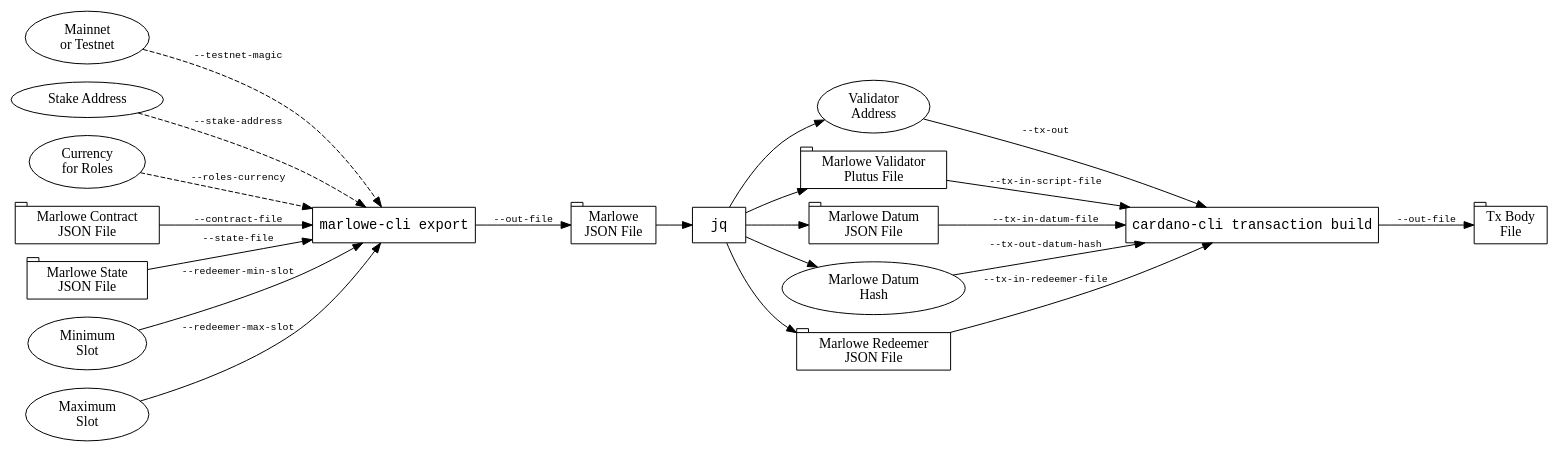
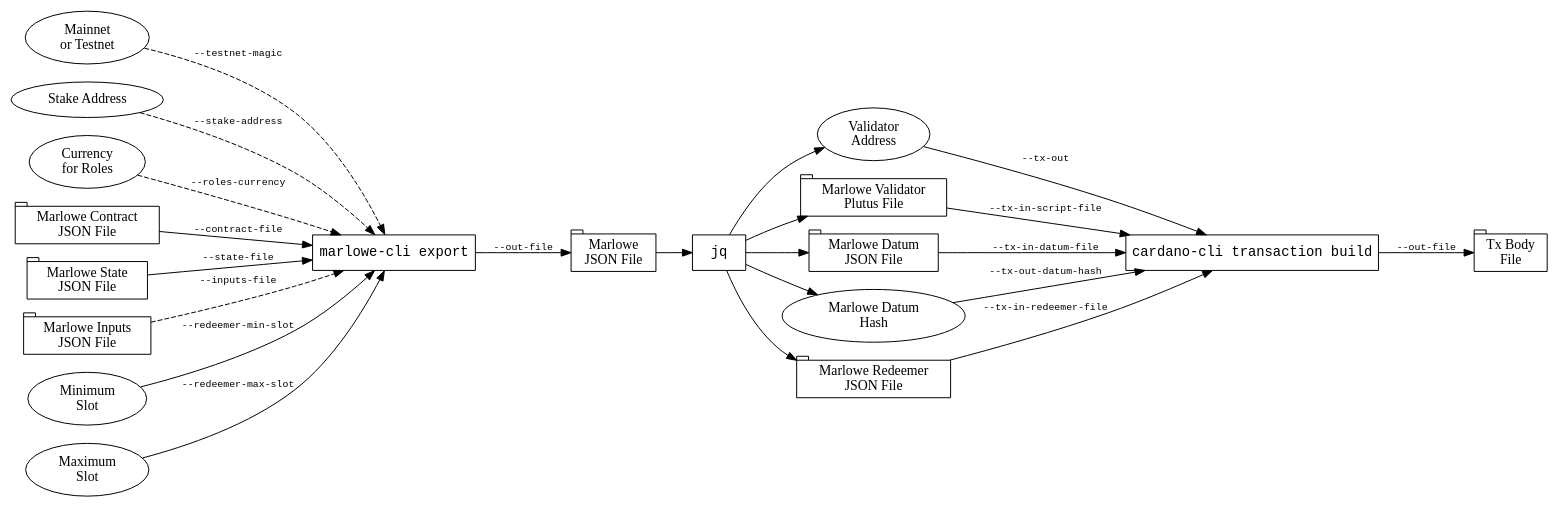
One commit to input-output-hk/marlowe-cardano changed the diagram in marlowe/cli-doc/diagrams/workflow-jq.dot. Above: the diagram before and after it, drawn with Graphviz. The commit also changed 9 other files, not shown here.

```diff
--- a/marlowe/cli-doc/diagrams/workflow-jq.dot
+++ b/marlowe/cli-doc/diagrams/workflow-jq.dot
@@ -1,64 +1,66 @@
 digraph {
 
 rankdir=LR
 
 
 Network       [label="Mainnet\nor Testnet"]
 StakeAddress  [label="Stake Address"      ]
 RolesCurrency [label="Currency\nfor Roles"]
 
 ContractFile  [label="Marlowe Contract\nJSON File", shape=tab]
 StateFile     [label="Marlowe State\nJSON File"   , shape=tab]
 
+InputsFile    [label="Marlowe Inputs\nJSON File", shape=tab]
 MinSlot       [label="Minimum\nSlot"]
 MaxSlot       [label="Maximum\nSlot"]
 
 
 ExportCommand [label="marlowe-cli export", shape=box, fontname=monospace]
 
 Network       -> ExportCommand [label="--testnet-magic"    , fontname=monospace, fontsize=10, style=dashed]
 StakeAddress  -> ExportCommand [label="--stake-address"    , fontname=monospace, fontsize=10, style=dashed]
 RolesCurrency -> ExportCommand [label="--roles-currency"   , fontname=monospace, fontsize=10, style=dashed]
 ContractFile  -> ExportCommand [label="--contract-file"    , fontname=monospace, fontsize=10]
 StateFile     -> ExportCommand [label="--state-file"       , fontname=monospace, fontsize=10]
+InputsFile    -> ExportCommand [label="--inputs-file"      , fontname=monospace, fontsize=10, style=dashed]
 MinSlot       -> ExportCommand [label="--redeemer-min-slot", fontname=monospace, fontsize=10]
 MaxSlot       -> ExportCommand [label="--redeemer-max-slot", fontname=monospace, fontsize=10]
 
 
 MarloweFile [label="Marlowe\nJSON File", shape=tab]
 
 ExportCommand -> MarloweFile [label="--out-file", fontname=monospace, fontsize=10]
 
 
 JQ [label="jq", shape=box, fontname=monospace]
 
 MarloweFile -> JQ
 
 
 ValidatorAddress [label="Validator\nAddress"                       ]
 ValidatorFile    [label="Marlowe Validator\nPlutus File", shape=tab]
 DatumFile        [label="Marlowe Datum\nJSON File"      , shape=tab]
 DatumHash        [label="Marlowe Datum\nHash"                      ]
 RedeemerFile     [label="Marlowe Redeemer\nJSON File"   , shape=tab]
 
 JQ -> ValidatorAddress
 JQ -> ValidatorFile
 JQ -> DatumFile
 JQ -> DatumHash
 JQ -> RedeemerFile
 
 
 CardanoCLI [label="cardano-cli transaction build", shape=box, fontname=monospace]
 
 ValidatorAddress -> CardanoCLI [label="--tx-out"             , fontname=monospace, fontsize=10]
 ValidatorFile    -> CardanoCLI [label="--tx-in-script-file"  , fontname=monospace, fontsize=10]
 DatumFile        -> CardanoCLI [label="--tx-in-datum-file"   , fontname=monospace, fontsize=10]
 RedeemerFile     -> CardanoCLI [label="--tx-in-redeemer-file", fontname=monospace, fontsize=10]
 DatumHash        -> CardanoCLI [label="--tx-out-datum-hash"  , fontname=monospace, fontsize=10]
 
 
 TxBodyFile [label="Tx Body\nFile", shape=tab]
 
 CardanoCLI -> TxBodyFile [label="--out-file", fontname=monospace, fontsize=10]
 
 }
```
